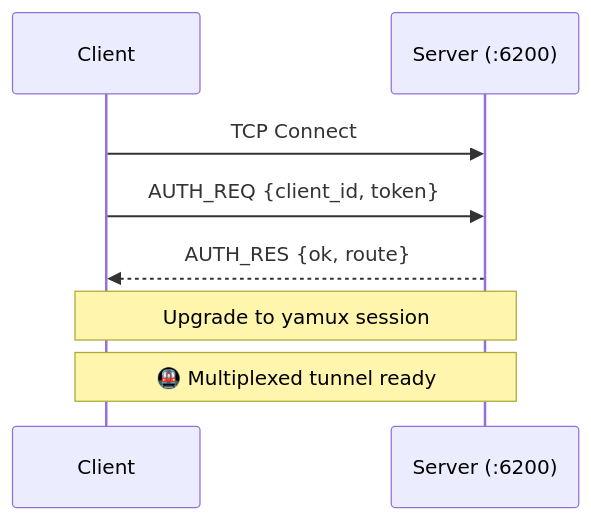
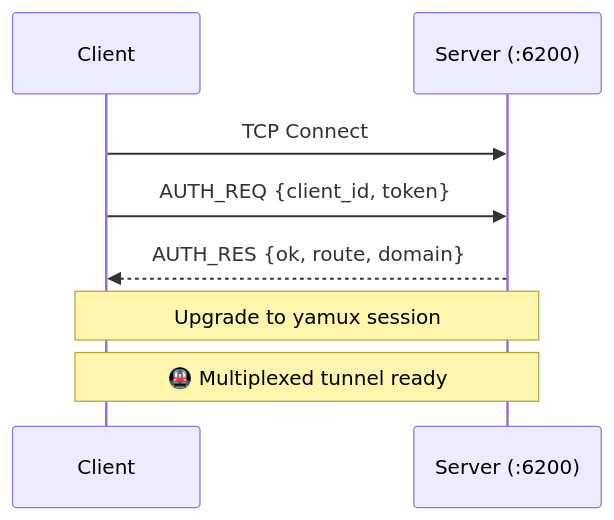
Before and after one commit to Zobite/zo-tunnel: the third of 4 diagrams in README.md, drawn with Mermaid. The commit also changed other lines of this file and 11 other files, not shown here.

````diff
--- a/README.md
+++ b/README.md
@@ -306,11 +446,11 @@
 ```mermaid
 sequenceDiagram
     participant C as Client
     participant S as Server (:6200)
 
     C->>S: TCP Connect
     C->>S: AUTH_REQ {client_id, token}
-    S-->>C: AUTH_RES {ok, route}
+    S-->>C: AUTH_RES {ok, route, domain}
     Note over C,S: Upgrade to yamux session
     Note over C,S: 🚇 Multiplexed tunnel ready
 ```
````
